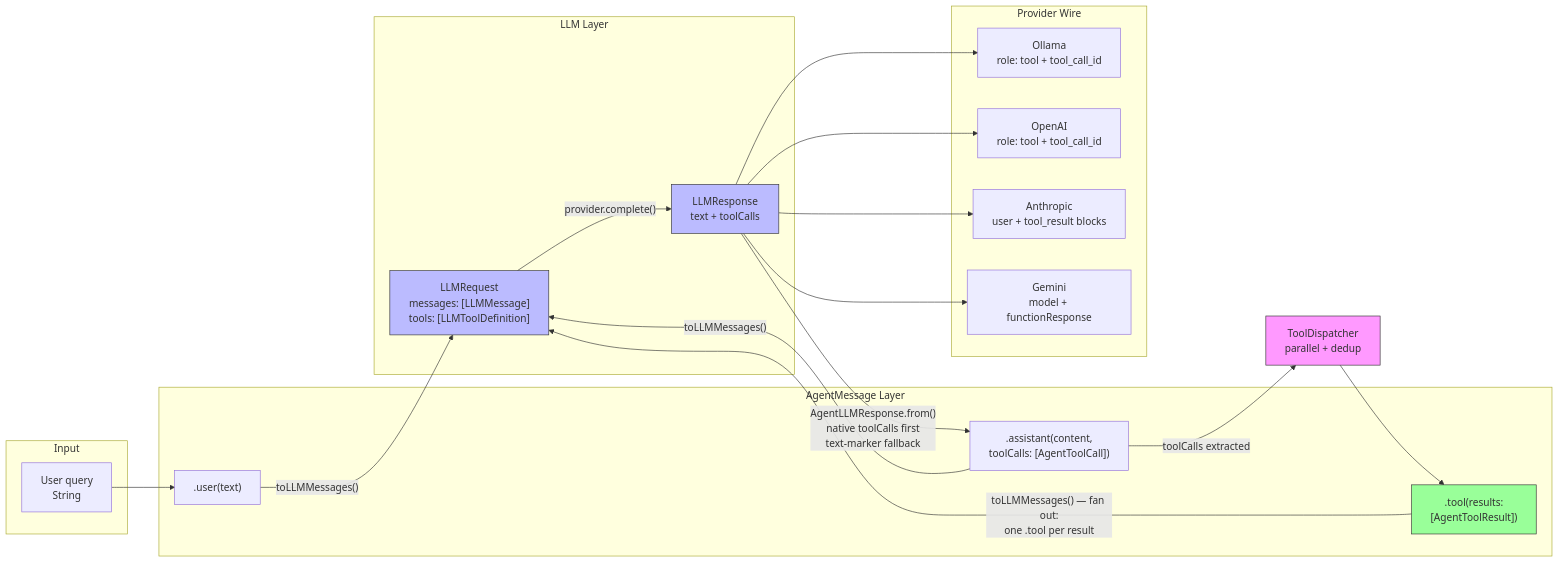
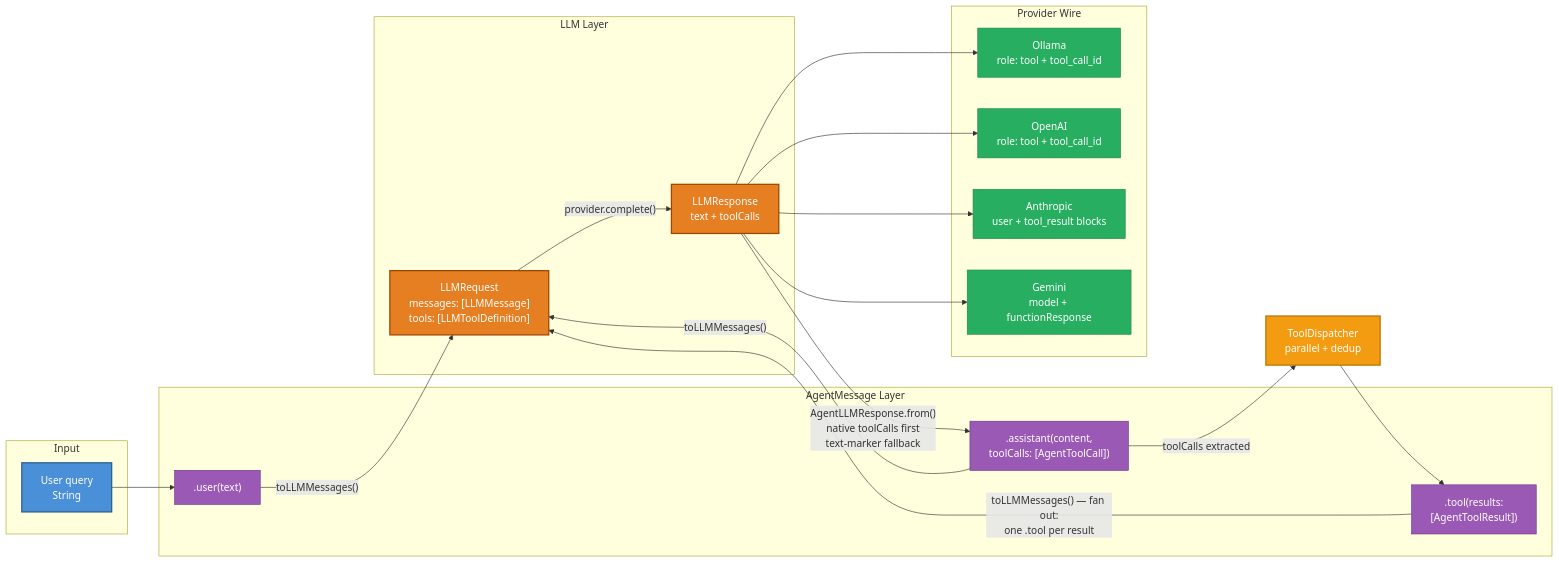
Before and after one commit to ayman3000/SwiftAgentKit: the fourth of 5 diagrams in README.md, drawn with Mermaid. The commit also changed other lines of this file, not shown here.

Commit message:
docs: polish pass — Who is this for, 10-sec overview, semantic diagram colors, conservative comparison table, quick demo

````diff
--- a/README.md
+++ b/README.md
@@ -297,45 +405,53 @@
 ```mermaid
 flowchart LR
     subgraph Input
         Q["User query<br/>String"]
     end
 
     subgraph AgentMessage Layer
         UM[".user(text)"]
         AM[".assistant(content,<br/>toolCalls: [AgentToolCall])"]
         TR[".tool(results:<br/>[AgentToolResult])"]
     end
 
     subgraph LLM Layer
         REQ["LLMRequest<br/>messages: [LLMMessage]<br/>tools: [LLMToolDefinition]"]
         RESP["LLMResponse<br/>text + toolCalls"]
     end
 
     subgraph Provider Wire
         OLL["Ollama<br/>role: tool + tool_call_id"]
         OAI["OpenAI<br/>role: tool + tool_call_id"]
         ANT["Anthropic<br/>user + tool_result blocks"]
         GEM["Gemini<br/>model + functionResponse"]
     end
 
     Q --> UM
     UM -->|"toLLMMessages()"| REQ
     AM -->|"toLLMMessages()"| REQ
     TR -->|"toLLMMessages() — fan out:<br/>one .tool per result"| REQ
 
     REQ -->|"provider.complete()"| RESP
     RESP -->|"AgentLLMResponse.from()<br/>native toolCalls first<br/>text-marker fallback"| AM
 
     RESP --> OLL
     RESP --> OAI
     RESP --> ANT
     RESP --> GEM
 
     AM -->|"toolCalls extracted"| DISPATCH["ToolDispatcher<br/>parallel + dedup"]
     DISPATCH --> TR
 
-    style REQ fill:#bbf,stroke:#333
-    style RESP fill:#bbf,stroke:#333
-    style DISPATCH fill:#f9f,stroke:#333
-    style TR fill:#9f9,stroke:#333
+    %% Semantic colors
+    style Q fill:#4A90D9,stroke:#2C5F8A,stroke-width:2px,color:#fff
+    style UM fill:#9B59B6,stroke:#6C3483,stroke-width:1px,color:#fff
+    style AM fill:#9B59B6,stroke:#6C3483,stroke-width:1px,color:#fff
+    style TR fill:#9B59B6,stroke:#6C3483,stroke-width:1px,color:#fff
+    style REQ fill:#E67E22,stroke:#A04500,stroke-width:2px,color:#fff
+    style RESP fill:#E67E22,stroke:#A04500,stroke-width:2px,color:#fff
+    style DISPATCH fill:#F39C12,stroke:#B97700,stroke-width:2px,color:#fff
+    style OLL fill:#27AE60,stroke:#1E8449,stroke-width:1px,color:#fff
+    style OAI fill:#27AE60,stroke:#1E8449,stroke-width:1px,color:#fff
+    style ANT fill:#27AE60,stroke:#1E8449,stroke-width:1px,color:#fff
+    style GEM fill:#27AE60,stroke:#1E8449,stroke-width:1px,color:#fff
 ```
````
